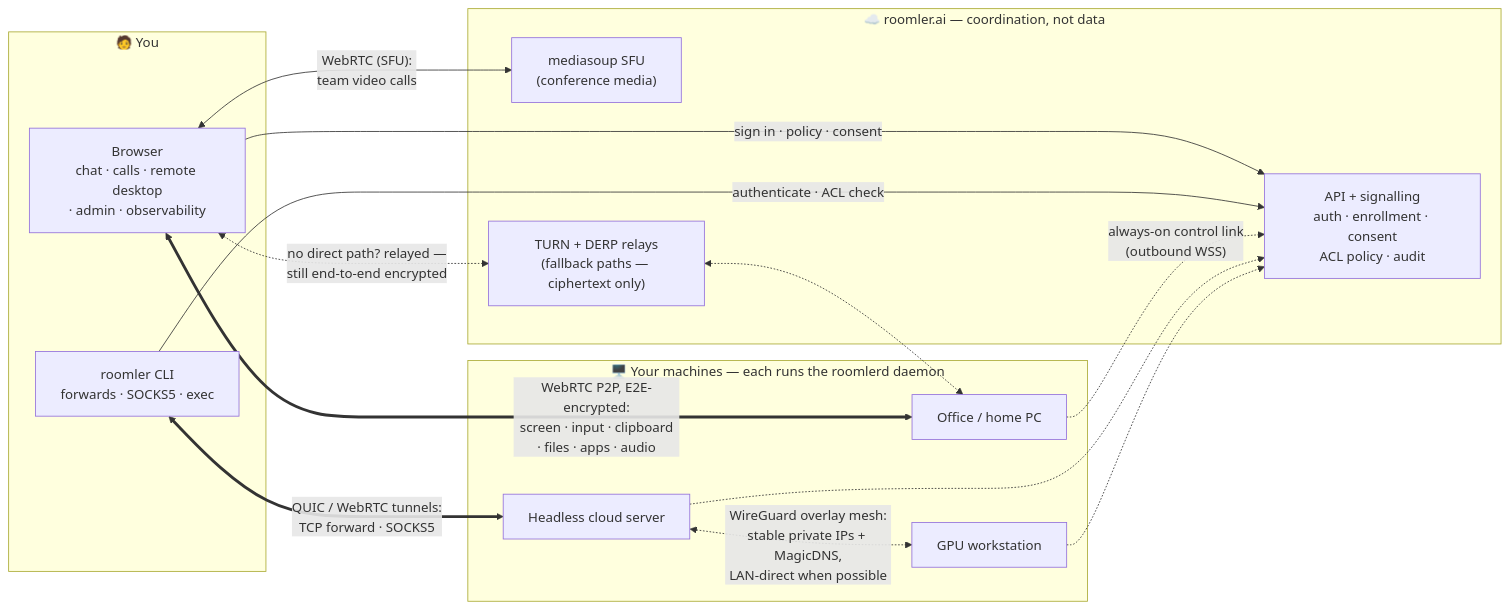
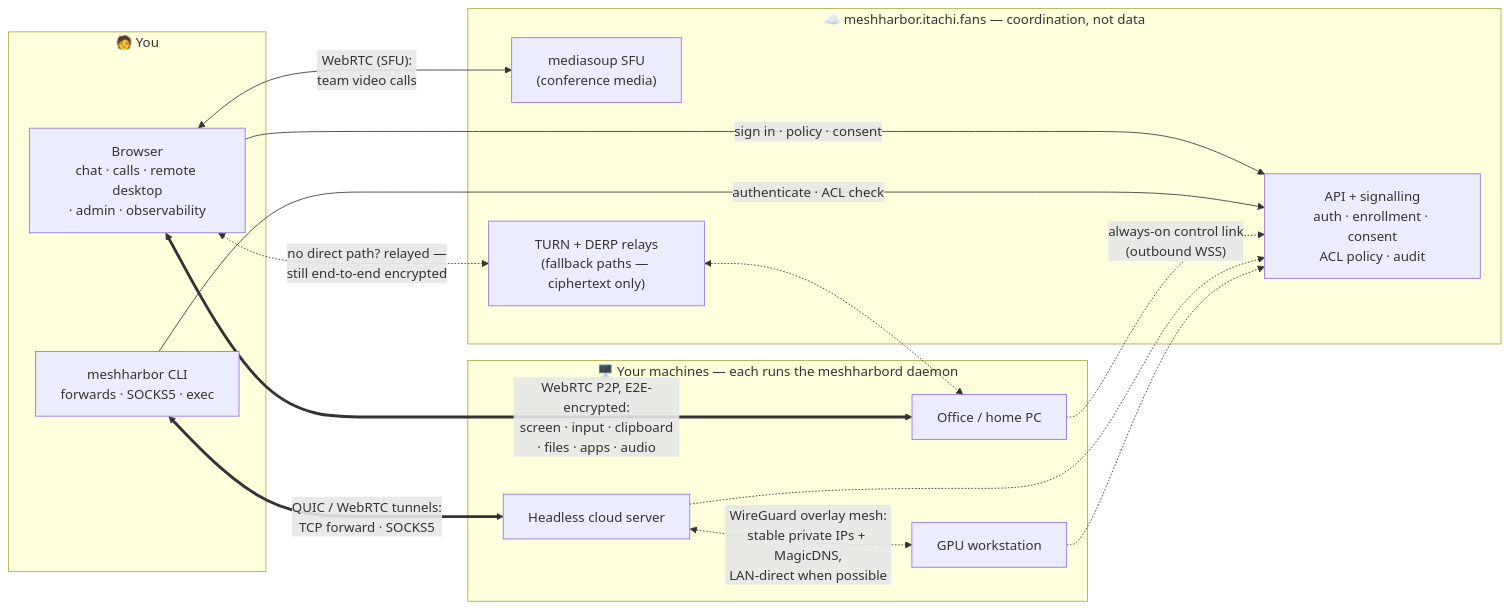
The diagram in README.md (jk-zhang-meta/MeshHarbor), drawn with Mermaid before and after one commit. The commit also changed other lines of this file and 682 other files, not shown here.

````diff
--- a/README.md
+++ b/README.md
@@ -222,33 +222,33 @@
 ```mermaid
 flowchart LR
     subgraph you["🧑 You"]
         B["Browser<br/>chat · calls · remote desktop<br/>· admin · observability"]
-        T["roomler CLI<br/>forwards · SOCKS5 · exec"]
+        T["meshharbor CLI<br/>forwards · SOCKS5 · exec"]
     end
 
-    subgraph cloud["☁️ roomler.ai — coordination, not data"]
+    subgraph cloud["☁️ meshharbor.itachi.fans — coordination, not data"]
         S["API + signalling<br/>auth · enrollment · consent<br/>ACL policy · audit"]
         M["mediasoup SFU<br/>(conference media)"]
         R["TURN + DERP relays<br/>(fallback paths — ciphertext only)"]
     end
 
-    subgraph fleet["🖥️ Your machines — each runs the roomlerd daemon"]
+    subgraph fleet["🖥️ Your machines — each runs the meshharbord daemon"]
         A1["Office / home PC"]
         A2["Headless cloud server"]
         A3["GPU workstation"]
     end
 
     B -->|"sign in · policy · consent"| S
     T -->|"authenticate · ACL check"| S
     B <-->|"WebRTC (SFU):<br/>team video calls"| M
     A1 -.->|"always-on control link<br/>(outbound WSS)"| S
     A2 -.-> S
     A3 -.-> S
 
     B <==>|"WebRTC P2P, E2E-encrypted:<br/>screen · input · clipboard<br/>· files · apps · audio"| A1
     T <==>|"QUIC / WebRTC tunnels:<br/>TCP forward · SOCKS5"| A2
     A2 <-.->|"WireGuard overlay mesh:<br/>stable private IPs + MagicDNS,<br/>LAN-direct when possible"| A3
 
     B <-.->|"no direct path? relayed —<br/>still end-to-end encrypted"| R
     R <-.-> A1
 ```
````
